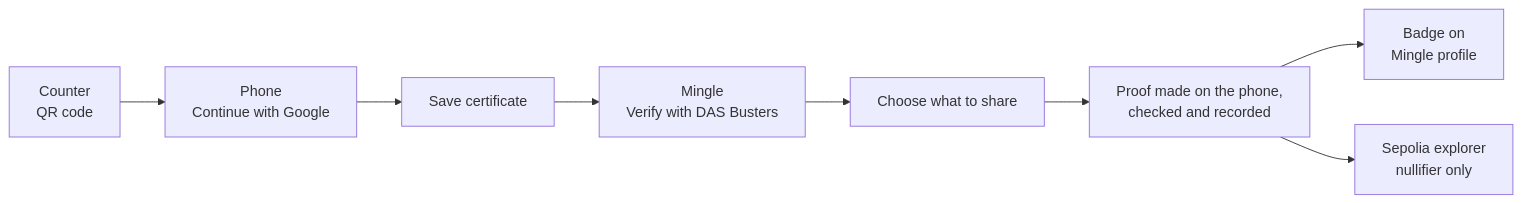
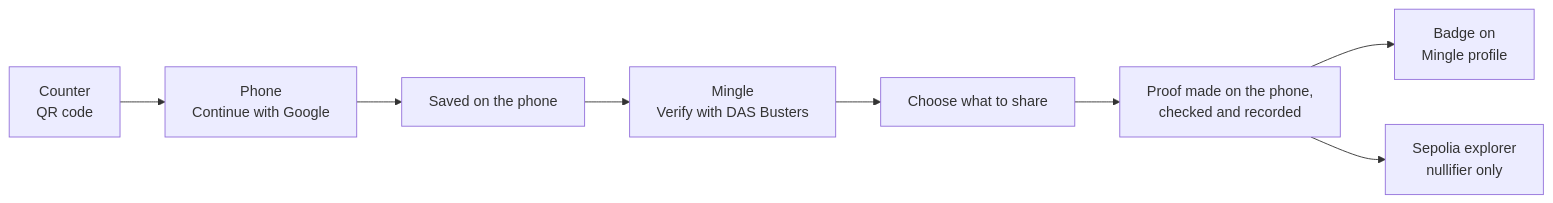
The diagram in docs/demo.md (CobaltSato/das-busters), drawn with Mermaid before and after one commit. The commit also changed other lines of this file and 2 other files, not shown here.

First line of the commit message:
docs(demo): walk through the automatic save, in-place World ID and share steps

````diff
--- a/docs/demo.md
+++ b/docs/demo.md
@@ -7,10 +7,10 @@
 ```mermaid
 flowchart LR
   A["Counter<br/>QR code"] --> B["Phone<br/>Continue with Google"]
-  B --> C["Save certificate"]
+  B --> C["Saved on the phone"]
   C --> D["Mingle<br/>Verify with DAS Busters"]
   D --> E["Choose what to share"]
   E --> F["Proof made on the phone,<br/>checked and recorded"]
   F --> G["Badge on<br/>Mingle profile"]
   F --> H["Sepolia explorer<br/>nullifier only"]
 ```
````
